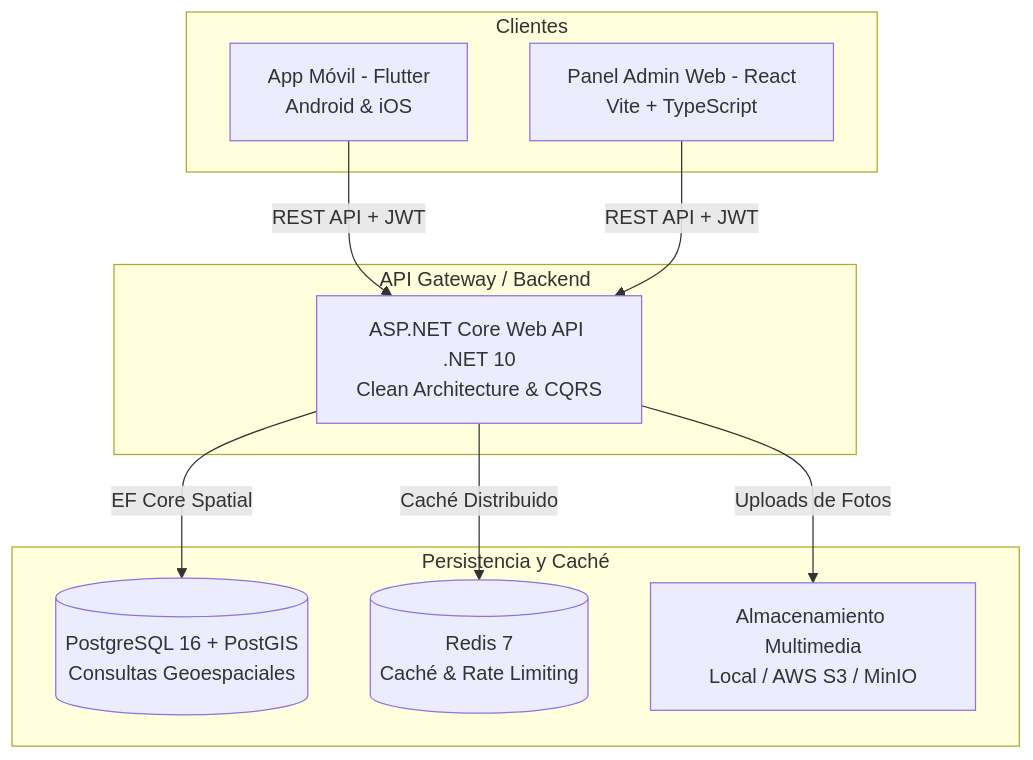
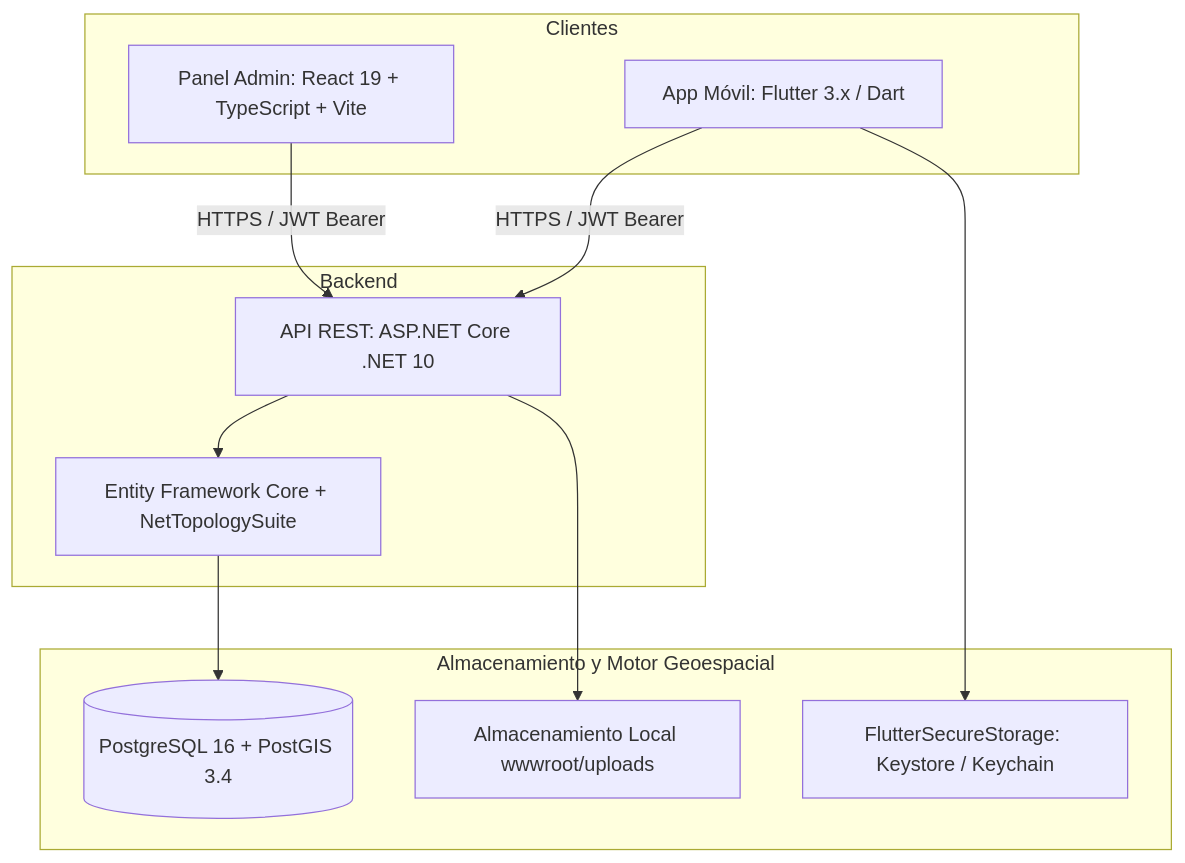
The diagram in RESUMEN_PROYECTO.md (EdsenNow/RdReporta), drawn with Mermaid before and after one commit. The commit also changed other lines of this file and 77 other files, not shown here.

````diff
--- a/RESUMEN_PROYECTO.md
+++ b/RESUMEN_PROYECTO.md
@@ -22,23 +25,25 @@
 ```mermaid
 graph TD
     subgraph Clientes
-        M[App Móvil - Flutter<br/>Android & iOS]
-        W[Panel Admin Web - React<br/>Vite + TypeScript]
+        A[App Móvil: Flutter 3.x / Dart]
+        B[Panel Admin: React 19 + TypeScript + Vite]
     end
 
-    subgraph API Gateway / Backend
-        API[ASP.NET Core Web API .NET 10<br/>Clean Architecture & CQRS]
+    subgraph Backend
+        C[API REST: ASP.NET Core .NET 10]
+        D[Entity Framework Core + NetTopologySuite]
     end
 
-    subgraph Persistencia y Caché
-        DB[(PostgreSQL 16 + PostGIS<br/>Consultas Geoespaciales)]
-        REDIS[(Redis 7<br/>Caché & Rate Limiting)]
-        STORAGE[Almacenamiento Multimedia<br/>Local / AWS S3 / MinIO]
+    subgraph Almacenamiento y Motor Geoespacial
+        E[(PostgreSQL 16 + PostGIS 3.4)]
+        F[Almacenamiento Local wwwroot/uploads]
+        G[FlutterSecureStorage: Keystore / Keychain]
     end
 
-    M -->|REST API + JWT| API
-    W -->|REST API + JWT| API
-    API -->|EF Core Spatial| DB
-    API -->|Caché Distribuido| REDIS
-    API -->|Uploads de Fotos| STORAGE
+    A -->|HTTPS / JWT Bearer| C
+    B -->|HTTPS / JWT Bearer| C
+    C --> D
+    D --> E
+    C --> F
+    A --> G
 ```
````
